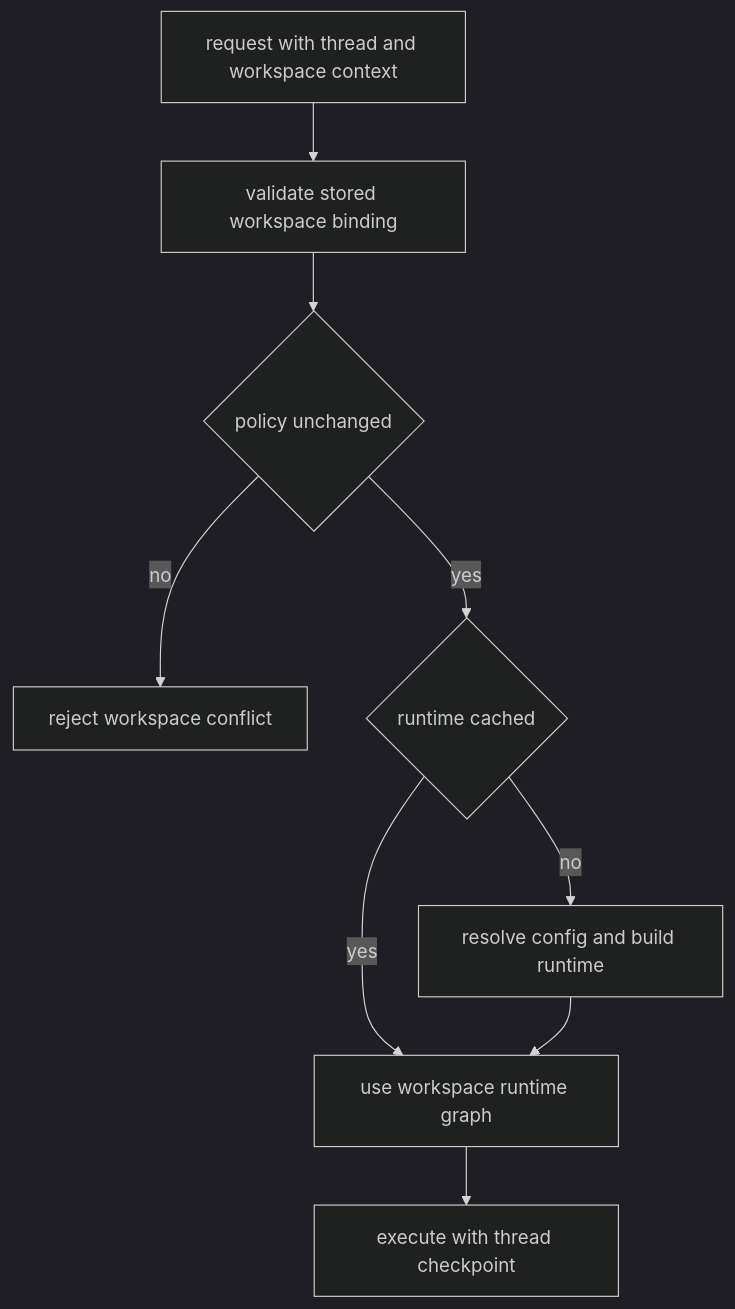
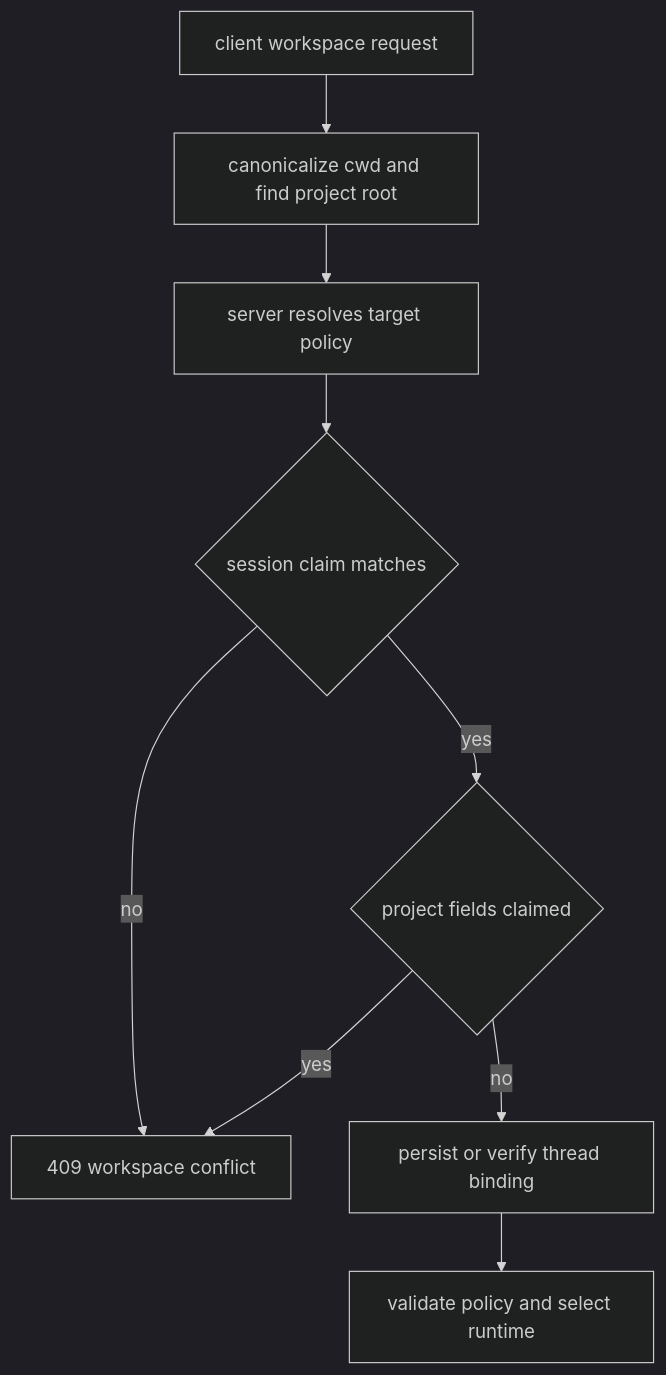
Before and after one commit to langchain-ai/deepagents: the second of 2 diagrams in openwiki/architecture/code-agent.md, drawn with Mermaid (dark theme). The commit also changed other lines of this file and 69 other files, not shown here.

````diff
--- a/openwiki/architecture/code-agent.md
+++ b/openwiki/architecture/code-agent.md
@@ -91,11 +98,11 @@
 ```mermaid
 flowchart TD
-    Input["request with thread and workspace context"] --> Validate["validate stored workspace binding"]
-    Validate --> Policy{"policy unchanged"}
-    Policy -->|no| Reject["reject workspace conflict"]
-    Policy -->|yes| Cache{"runtime cached"}
-    Cache -->|yes| Graph["use workspace runtime graph"]
-    Cache -->|no| Build["resolve config and build runtime"]
-    Build --> Graph
-    Graph --> Checkpoint["execute with thread checkpoint"]
+    Request["client workspace request"] --> Canonical["canonicalize cwd and find project root"]
+    Canonical --> Resolve["server resolves target policy"]
+    Resolve --> Claim{"session claim matches"}
+    Claim -->|no| Deny["409 workspace conflict"]
+    Claim -->|yes| Project{"project fields claimed"}
+    Project -->|yes| Deny
+    Project -->|no| Bind["persist or verify thread binding"]
+    Bind --> Runtime["validate policy and select runtime"]
 ```
````
